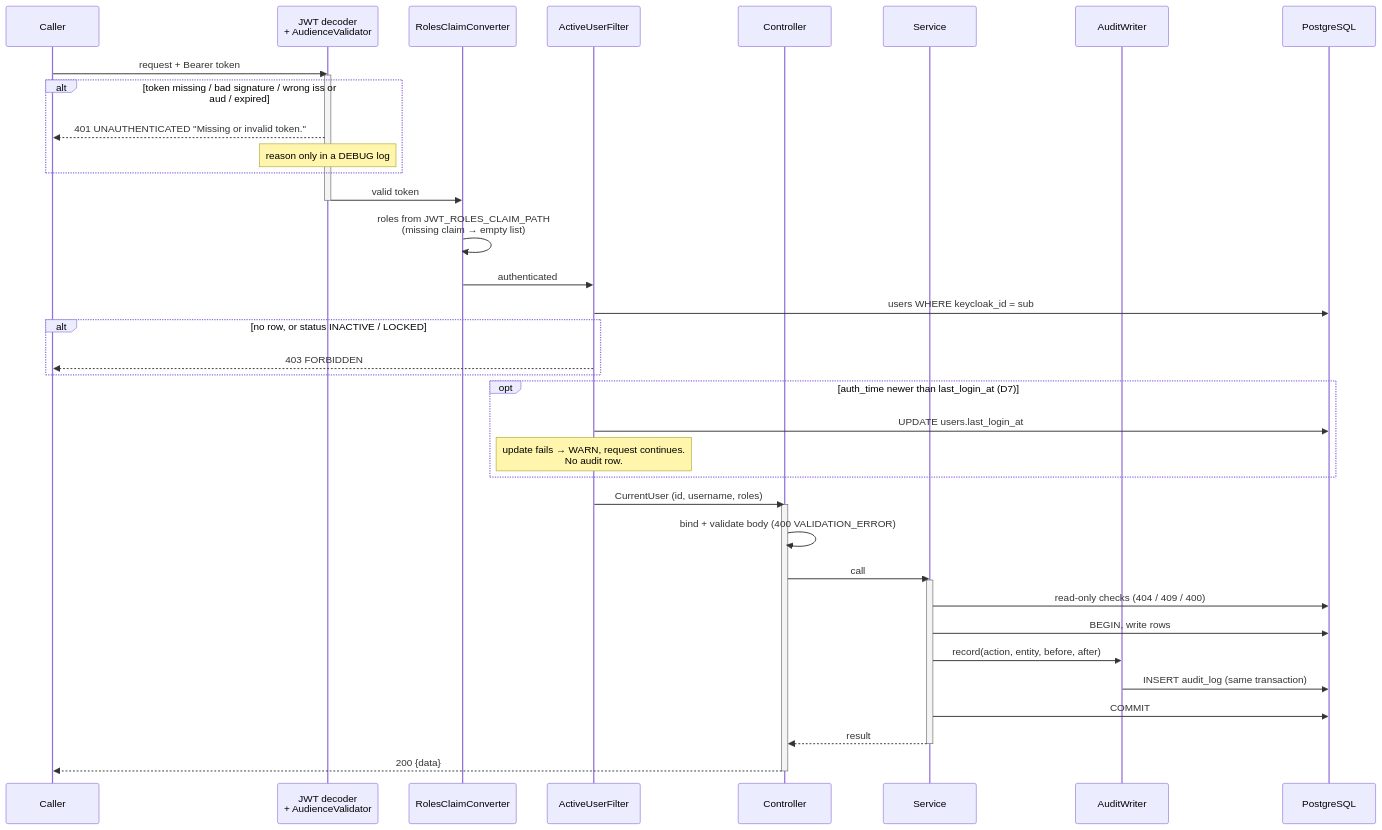
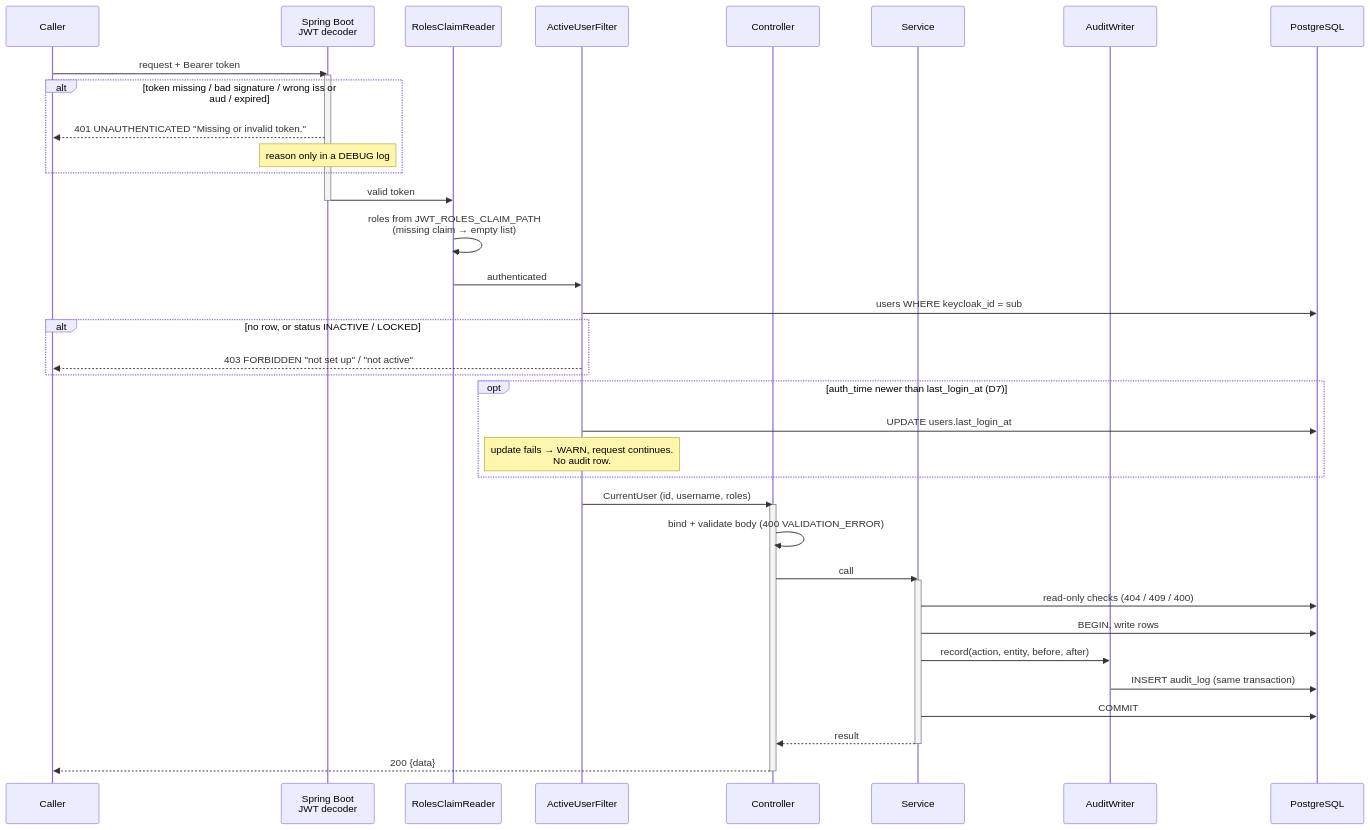
One commit to mehul-kunwar-tarento/cce-admin-service changed the second of 13 diagrams in docs/flow-diagrams.md. Above: the diagram before and after it, drawn with Mermaid. The commit also changed other lines of this file and 4 other files, not shown here.

````diff
--- a/docs/flow-diagrams.md
+++ b/docs/flow-diagrams.md
@@ -49,44 +49,44 @@
 ```mermaid
 sequenceDiagram
     participant C as Caller
-    participant JWT as JWT decoder<br/>+ AudienceValidator
-    participant RC as RolesClaimConverter
+    participant JWT as Spring Boot<br/>JWT decoder
+    participant RC as RolesClaimReader
     participant AU as ActiveUserFilter
     participant Ctrl as Controller
     participant Svc as Service
     participant AW as AuditWriter
     participant DB as PostgreSQL
 
     C->>JWT: request + Bearer token
     activate JWT
     alt token missing / bad signature / wrong iss or aud / expired
         JWT-->>C: 401 UNAUTHENTICATED "Missing or invalid token."
         Note over JWT: reason only in a DEBUG log
     end
     JWT->>RC: valid token
     deactivate JWT
     RC->>RC: roles from JWT_ROLES_CLAIM_PATH<br/>(missing claim → empty list)
     RC->>AU: authenticated
     AU->>DB: users WHERE keycloak_id = sub
     alt no row, or status INACTIVE / LOCKED
-        AU-->>C: 403 FORBIDDEN
+        AU-->>C: 403 FORBIDDEN "not set up" / "not active"
     end
     opt auth_time newer than last_login_at (D7)
         AU->>DB: UPDATE users.last_login_at
         Note over AU: update fails → WARN, request continues.<br/>No audit row.
     end
     AU->>Ctrl: CurrentUser (id, username, roles)
     activate Ctrl
     Ctrl->>Ctrl: bind + validate body (400 VALIDATION_ERROR)
     Ctrl->>Svc: call
     activate Svc
     Svc->>DB: read-only checks (404 / 409 / 400)
     Svc->>DB: BEGIN, write rows
     Svc->>AW: record(action, entity, before, after)
     AW->>DB: INSERT audit_log (same transaction)
     Svc->>DB: COMMIT
     Svc-->>Ctrl: result
     deactivate Svc
     Ctrl-->>C: 200 {data}
     deactivate Ctrl
 ```
````
